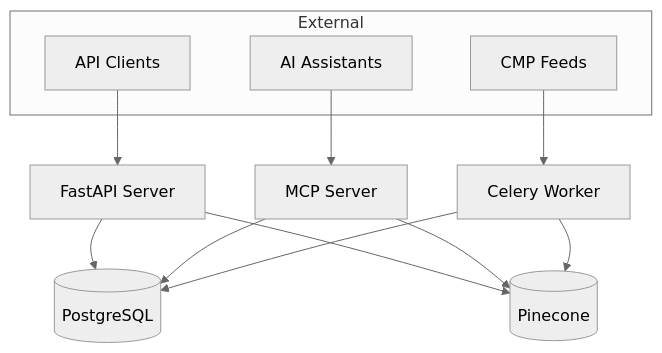
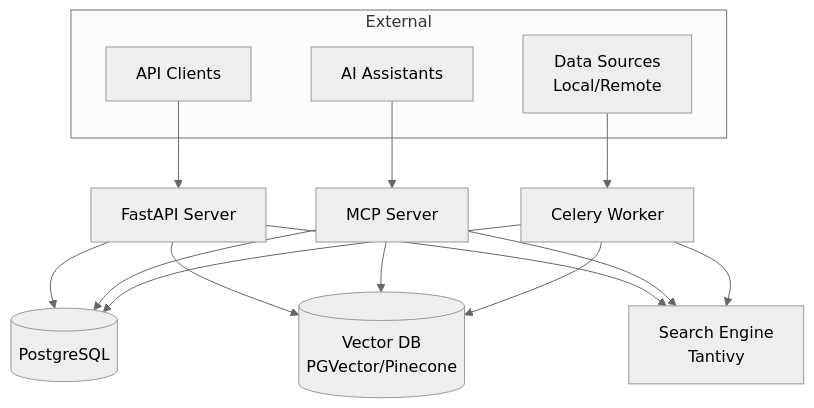
One commit to commercemesh/site changed the diagram in docs/discovery/overview.md. Above: the diagram before and after it, drawn with Mermaid (neutral theme). The commit also changed other lines of this file and 132 other files, not shown here.

````diff
--- a/docs/discovery/overview.md
+++ b/docs/discovery/overview.md
@@ -23,25 +25,29 @@
 ```mermaid
 graph TB
     API[FastAPI Server]
     MCP[MCP Server]
     DB[(PostgreSQL)]
-    VDB[(Pinecone)]
+    VDB[(Vector DB<br/>PGVector/Pinecone)]
     Worker[Celery Worker]
+    Search[Search Engine<br/>Tantivy]
     
     API --> DB
     API --> VDB
+    API --> Search
     MCP --> DB
     MCP --> VDB
+    MCP --> Search
     Worker --> DB
     Worker --> VDB
+    Worker --> Search
     
     subgraph External
-        Feeds[CMP Feeds]
+        Feeds[Data Sources<br/>Local/Remote]
         Client[API Clients]
         AI[AI Assistants]
     end
     
     Feeds --> Worker
     Client --> API
     AI --> MCP
 ```
````
